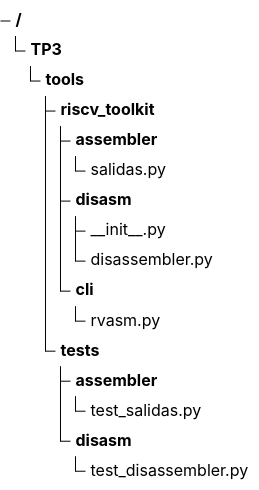
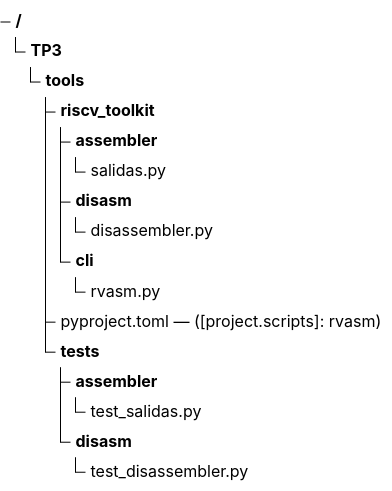
One commit to nicopinera/tps-arqui changed the ninth of 47 diagrams in docs/PRD-pipeline-riscv.md. Above: the diagram before and after it, drawn with Mermaid (forest theme). The commit also changed other lines of this file and 15 other files, not shown here.

````diff
--- a/docs/PRD-pipeline-riscv.md
+++ b/docs/PRD-pipeline-riscv.md
@@ -742,18 +780,18 @@
 ```mermaid
 treeView-beta
     "TP3/"
         "tools/"
             "riscv_toolkit/"
                 "assembler/"
                     "salidas.py"
                 "disasm/"
-                    "__init__.py"
                     "disassembler.py"
                 "cli/"
                     "rvasm.py"
+            "pyproject.toml — ([project.scripts]: rvasm)"
             "tests/"
                 "assembler/"
                     "test_salidas.py"
                 "disasm/"
                     "test_disassembler.py"
 ```
````
